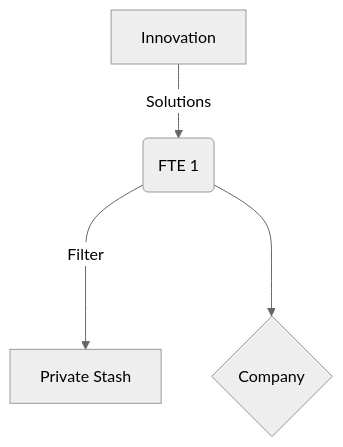
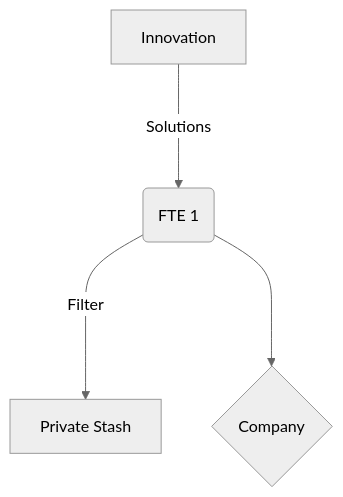
One commit to dreamcatcher-tech/network changed the second of 3 diagrams in ideas/Blogs/Modelling Innovation as a Comms Network.md. Above: the diagram before and after it, drawn with Mermaid (neutral theme). The commit also changed other lines of this file and 2 other files, not shown here.

````diff
--- a/ideas/Blogs/Modelling Innovation as a Comms Network.md
+++ b/ideas/Blogs/Modelling Innovation as a Comms Network.md
@@ -15,7 +26,6 @@
 ```mermaid
 graph TD
-    A[Innovation] -->|Solutions| X(FTE 1)
-
+    A[Innovation] --->|Solutions| X(FTE 1)
 	X --->|Filter| D[Private Stash]
 	X ---> C{Company}
 ```
````
